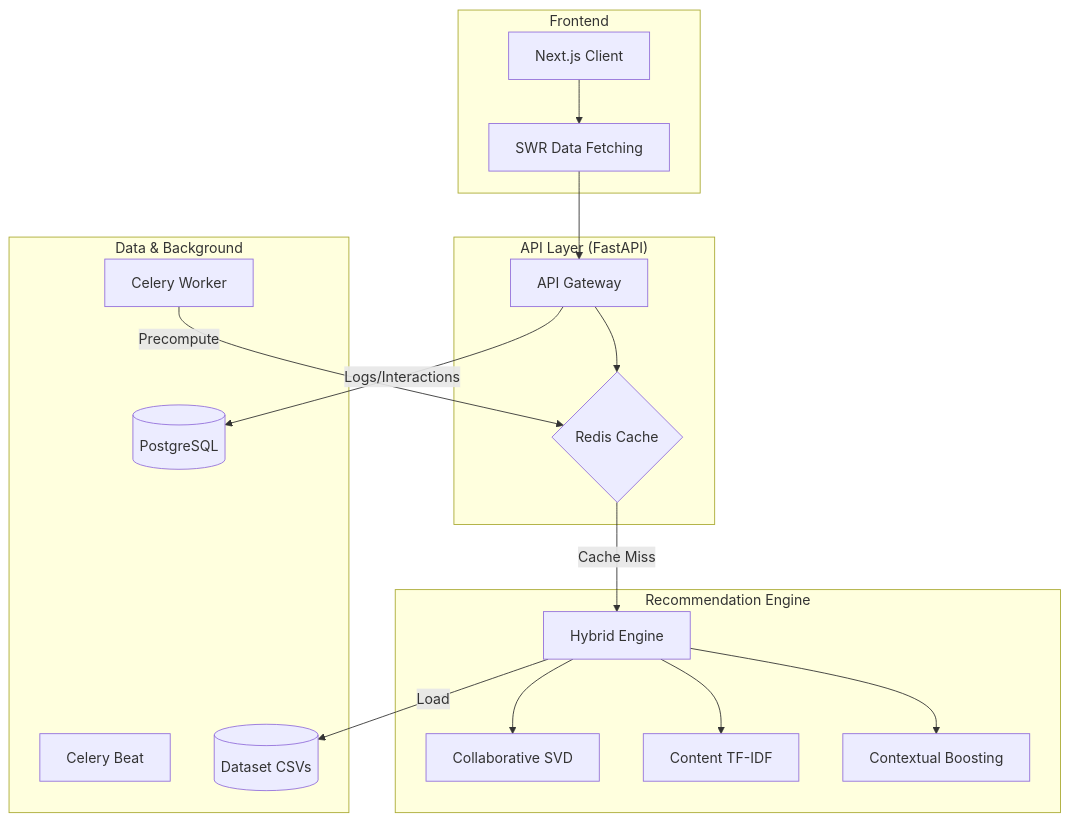
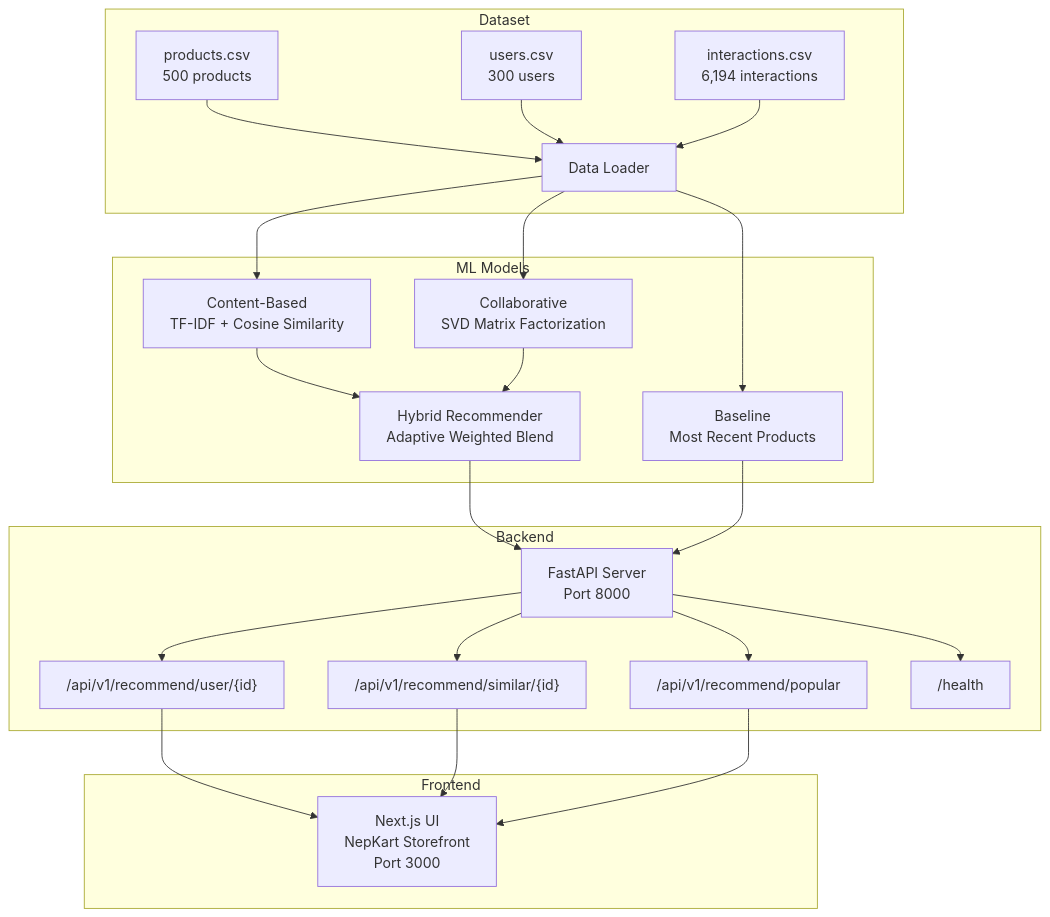
One commit to Aasu703/E-com-Recommendation changed the diagram in README.md. Above: the diagram before and after it, drawn with Mermaid. The commit also changed other lines of this file, not shown here.

Commit message:
docs: rewrite README as thesis presentation with architecture, methodology, evaluation, and Daraz reference

````diff
--- a/README.md
+++ b/README.md
@@ -308,29 +70,31 @@
 ```mermaid
-graph TD
+graph TB
+    subgraph Dataset
+        A["products.csv<br/>500 products"] --> D["Data Loader"]
+        B["users.csv<br/>300 users"] --> D
+        C["interactions.csv<br/>6,194 interactions"] --> D
+    end
+
+    subgraph ML Models
+        D --> E["Content-Based<br/>TF-IDF + Cosine Similarity"]
+        D --> F["Collaborative<br/>SVD Matrix Factorization"]
+        D --> G["Baseline<br/>Most Recent Products"]
+        E --> H["Hybrid Recommender<br/>Adaptive Weighted Blend"]
+        F --> H
+    end
+
+    subgraph Backend
+        H --> I["FastAPI Server<br/>Port 8000"]
+        G --> I
+        I --> J["/api/v1/recommend/user/{id}"]
+        I --> K["/api/v1/recommend/similar/{id}"]
+        I --> L["/api/v1/recommend/popular"]
+        I --> M["/health"]
+    end
+
     subgraph Frontend
-        A[Next.js Client] --> B[SWR Data Fetching]
+        J --> N["Next.js UI<br/>NepKart Storefront<br/>Port 3000"]
+        K --> N
+        L --> N
     end
-    
-    subgraph "API Layer (FastAPI)"
-        B --> C[API Gateway]
-        C --> D{Redis Cache}
-    end
-    
-    subgraph "Recommendation Engine"
-        D -- Cache Miss --> E[Hybrid Engine]
-        E --> F[Collaborative SVD]
-        E --> G[Content TF-IDF]
-        E --> H[Contextual Boosting]
-    end
-    
-    subgraph "Data & Background"
-        I[(PostgreSQL)]
-        J[Celery Worker]
-        K[Celery Beat]
-        L[(Dataset CSVs)]
-    end
-    
-    C -- Logs/Interactions --> I
-    J -- Precompute --> D
-    E -- Load --> L
 ```
````
